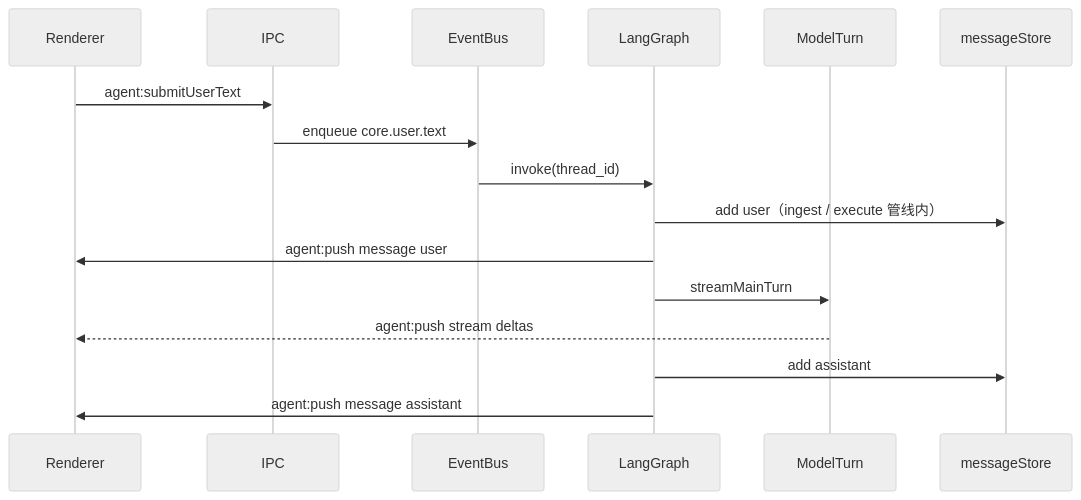
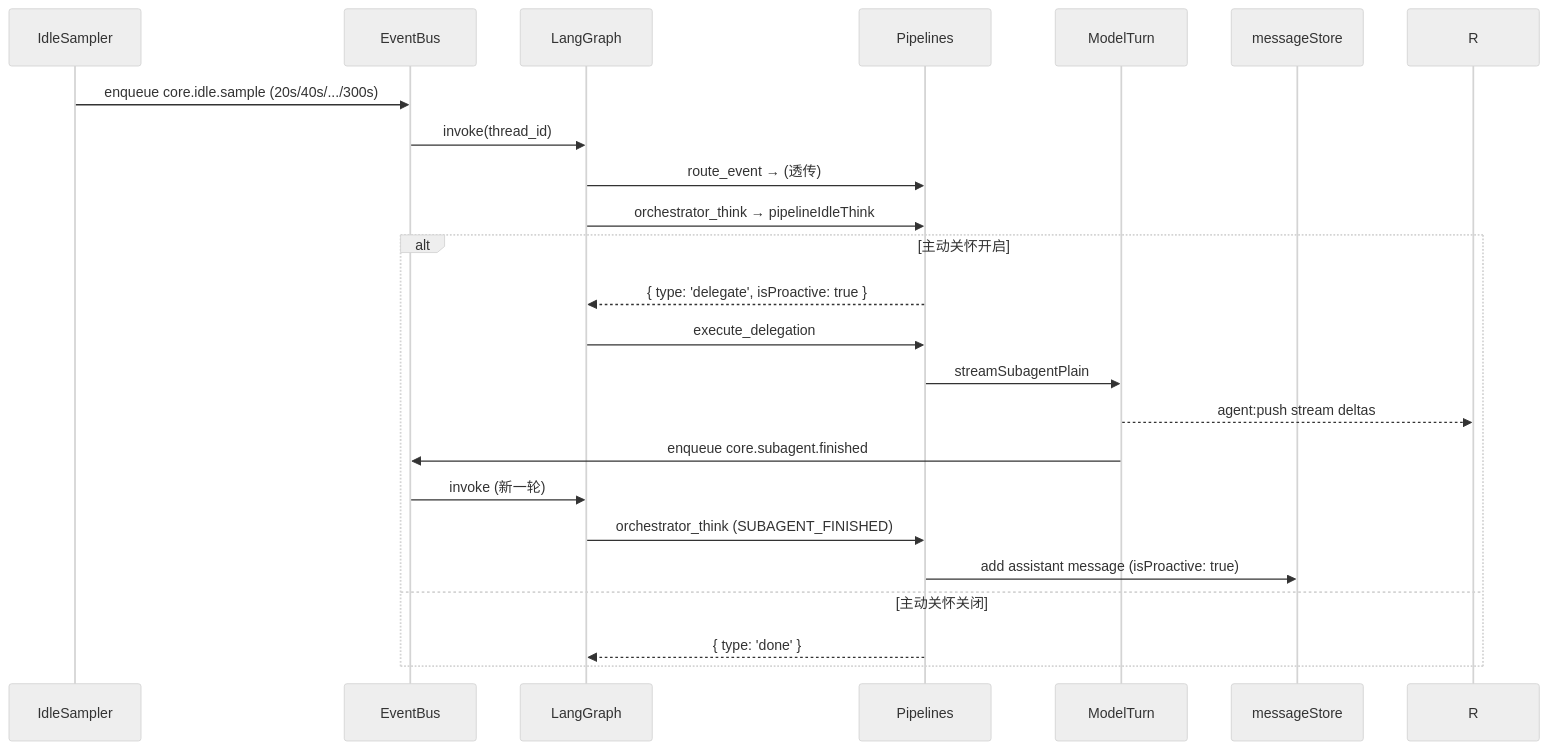
One commit to prisflow/proactive-ai-desktop changed the second of 2 diagrams in doc/技术实现-智能体编排.md. Above: the diagram before and after it, drawn with Mermaid (neutral theme). The commit also changed other lines of this file and 18 other files, not shown here.

````diff
--- a/doc/技术实现-智能体编排.md
+++ b/doc/技术实现-智能体编排.md
@@ -91,19 +501,26 @@
 ```mermaid
 sequenceDiagram
-  participant R as Renderer
-  participant IPC as IPC
+  participant IS as IdleSampler
   participant Bus as EventBus
   participant LG as LangGraph
+  participant Pipeline as Pipelines
   participant MT as ModelTurn
   participant MS as messageStore
 
-  R->>IPC: agent:submitUserText
-  IPC->>Bus: enqueue core.user.text
+  IS->>Bus: enqueue core.idle.sample (20s/40s/.../300s)
   Bus->>LG: invoke(thread_id)
-  LG->>MS: add user（ingest / execute 管线内）
-  LG->>R: agent:push message user
-  LG->>MT: streamMainTurn
-  MT-->>R: agent:push stream deltas
-  LG->>MS: add assistant
-  LG->>R: agent:push message assistant
+  LG->>Pipeline: route_event → (透传)
+  LG->>Pipeline: orchestrator_think → pipelineIdleThink
+  alt 主动关怀开启
+    Pipeline-->>LG: { type: 'delegate', isProactive: true }
+    LG->>Pipeline: execute_delegation
+    Pipeline->>MT: streamSubagentPlain
+    MT-->>R: agent:push stream deltas
+    MT->>Bus: enqueue core.subagent.finished
+    Bus->>LG: invoke (新一轮)
+    LG->>Pipeline: orchestrator_think (SUBAGENT_FINISHED)
+    Pipeline->>MS: add assistant message (isProactive: true)
+  else 主动关怀关闭
+    Pipeline-->>LG: { type: 'done' }
+  end
 ```
````
